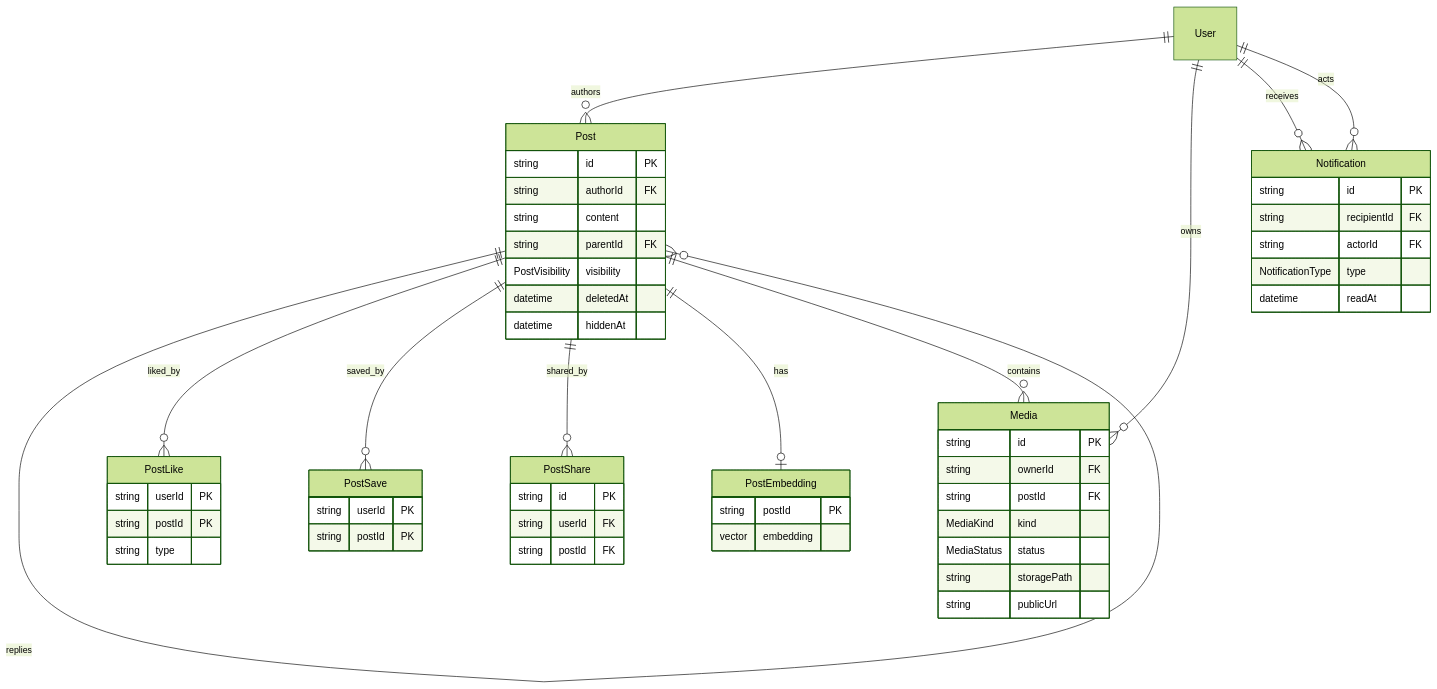
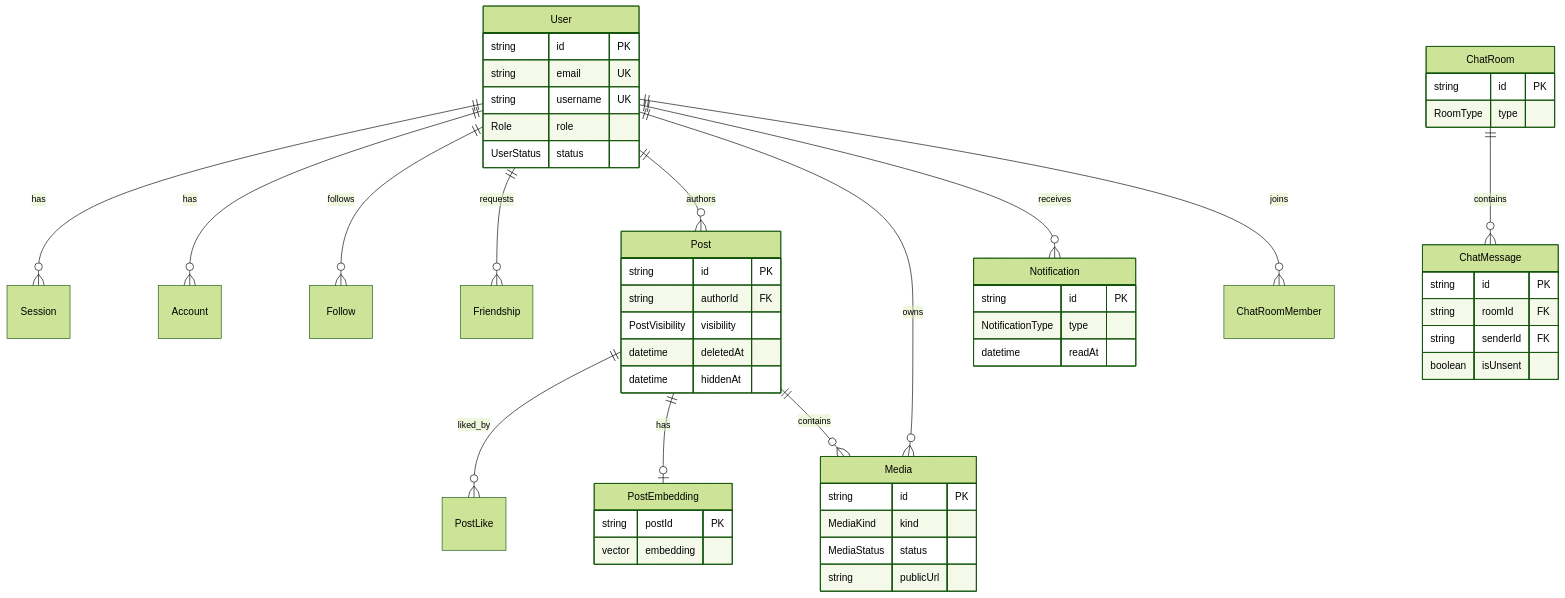
The fourth of 4 diagrams in docs/architecture.md (ManhThang203/f8-project-fullstack), drawn with Mermaid (forest theme) before and after one commit. The commit also changed other lines of this file and 1 other file, not shown here.

First line of the commit message:
refactor: update README and architecture documentation for clarity and completeness

````diff
--- a/docs/architecture.md
+++ b/docs/architecture.md
@@ -346,63 +232,61 @@
 ```mermaid
 erDiagram
+    User ||--o{ Session : has
+    User ||--o{ Account : has
+    User ||--o{ Follow : follows
+    User ||--o{ Friendship : requests
     User ||--o{ Post : authors
-    Post ||--o{ Post : replies
+    User ||--o{ Media : owns
+    User ||--o{ Notification : receives
+    User ||--o{ ChatRoomMember : joins
+    ChatRoom ||--o{ ChatMessage : contains
     Post ||--o{ PostLike : liked_by
-    Post ||--o{ PostSave : saved_by
-    Post ||--o{ PostShare : shared_by
     Post ||--o| PostEmbedding : has
     Post ||--o{ Media : contains
-    User ||--o{ Media : owns
-    User ||--o{ Notification : receives
-    User ||--o{ Notification : acts
+
+    User {
+        string id PK
+        string email UK
+        string username UK
+        Role role
+        UserStatus status
+    }
 
     Post {
         string id PK
         string authorId FK
-        string content
-        string parentId FK
         PostVisibility visibility
         datetime deletedAt
         datetime hiddenAt
-    }
-
-    PostLike {
-        string userId PK
-        string postId PK
-        string type
-    }
-
-    PostSave {
-        string userId PK
-        string postId PK
-    }
-
-    PostShare {
-        string id PK
-        string userId FK
-        string postId FK
     }
 
     PostEmbedding {
         string postId PK
         vector embedding
     }
 
+    ChatRoom {
+        string id PK
+        RoomType type
+    }
+
+    ChatMessage {
+        string id PK
+        string roomId FK
+        string senderId FK
+        boolean isUnsent
+    }
+
     Media {
         string id PK
-        string ownerId FK
-        string postId FK
         MediaKind kind
         MediaStatus status
-        string storagePath
         string publicUrl
     }
 
     Notification {
         string id PK
-        string recipientId FK
-        string actorId FK
         NotificationType type
         datetime readAt
     }
 ```
````
